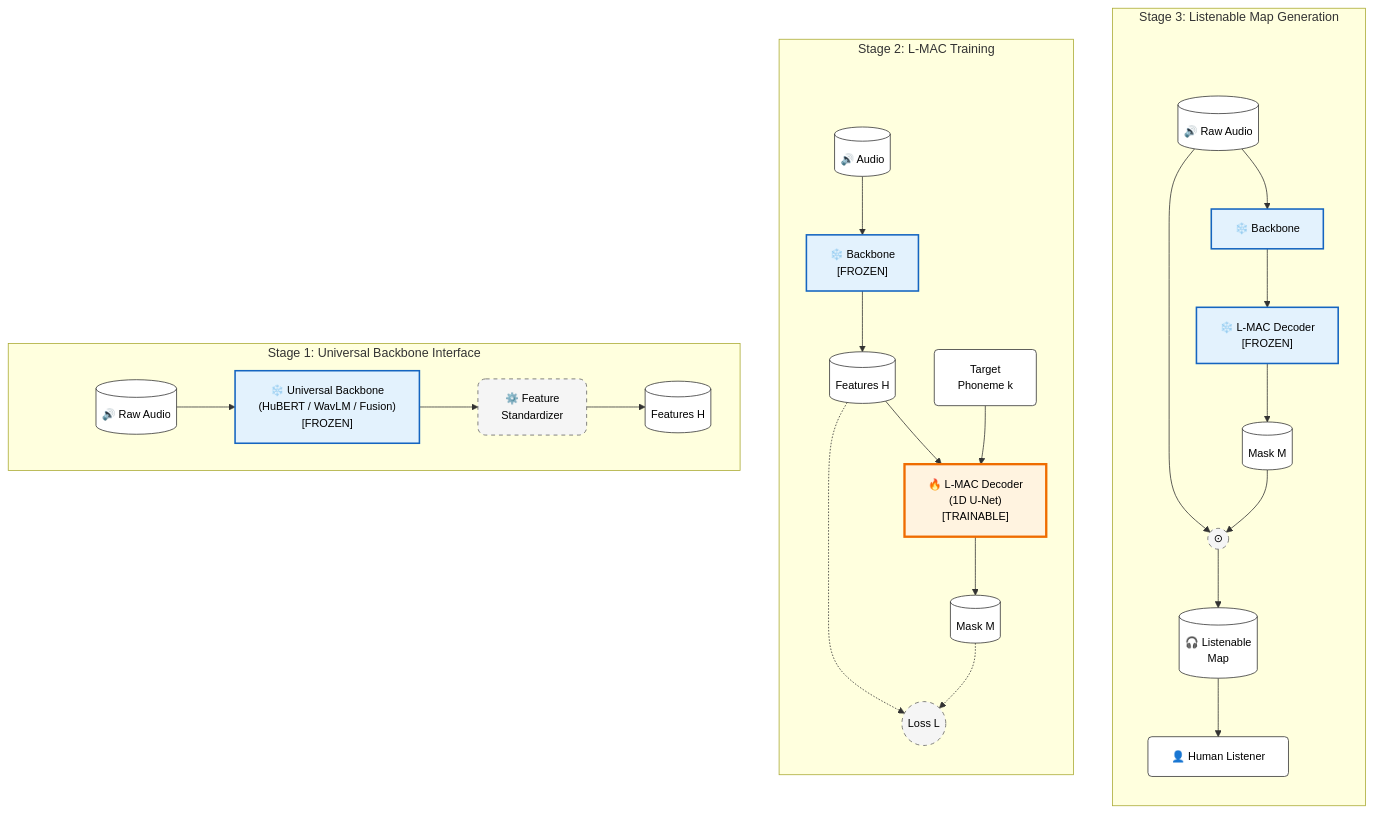
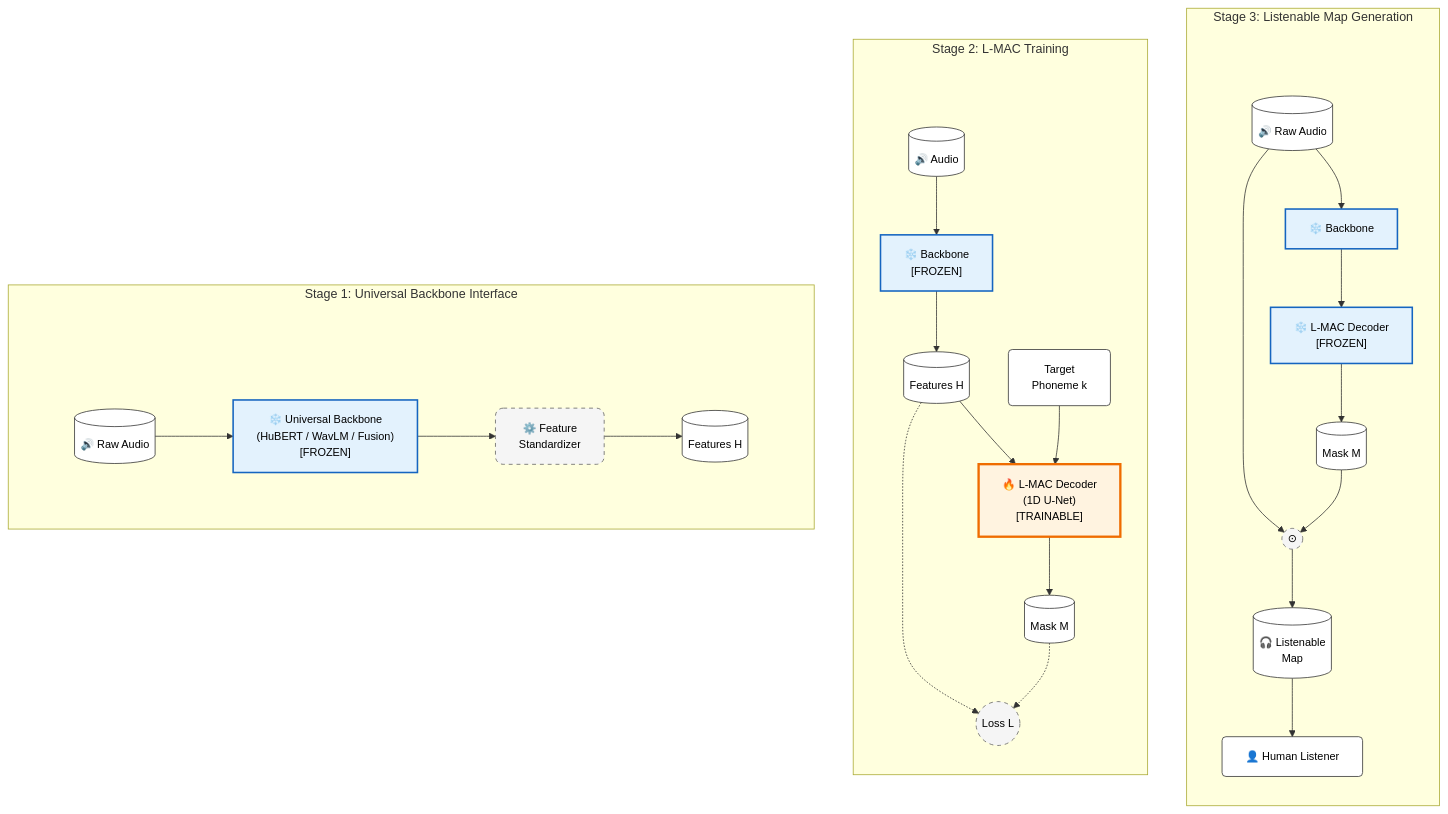
One commit to maurocarlu/pronuncIAtion changed the diagram in docs/LMAC_ARCHITECTURE.md. Above: the diagram before and after it, drawn with Mermaid.

Commit message:
fix titolo 1

```diff
--- a/docs/LMAC_ARCHITECTURE.md
+++ b/docs/LMAC_ARCHITECTURE.md
@@ -21,22 +21,30 @@
     %% STAGE 1: UNIVERSAL INTERFACE
     %% ==========================================
     subgraph S1 ["Stage 1: Universal Backbone Interface"]
-        direction LR
+        direction TB
         
-        %% Spacer to separate title from nodes
+        %% Transparent spacer to push content down
         SpacerS1[ ]:::spacer
-        
-        %% Nodes
-        Audio1[("🔊 Raw Audio")]:::data
-        Backbone1["❄️ Universal Backbone<br/>(HuBERT / WavLM / Fusion)<br/>[FROZEN]"]:::frozen
-        Standardizer1["⚙️ Feature<br/>Standardizer"]:::operation
-        Feat1[("Features H")]:::data
-        
-        %% Connections
-        SpacerS1 ~~~ Audio1
-        Audio1 --> Backbone1
-        Backbone1 --> Standardizer1
-        Standardizer1 --> Feat1
+
+        %% Main Flow Subgraph (keeps boxes Left-to-Right)
+        subgraph S1_Flow [ ]
+            direction LR
+            style S1_Flow fill:none,stroke:none
+
+            %% Nodes
+            Audio1[("🔊 Raw Audio")]:::data
+            Backbone1["❄️ Universal Backbone<br/>(HuBERT / WavLM / Fusion)<br/>[FROZEN]"]:::frozen
+            Standardizer1["⚙️ Feature<br/>Standardizer"]:::operation
+            Feat1[("Features H")]:::data
+            
+            %% Connections
+            Audio1 --> Backbone1
+            Backbone1 --> Standardizer1
+            Standardizer1 --> Feat1
+        end
+
+        %% Force Vertical Layout: Spacer -> Flow
+        SpacerS1 ~~~ S1_Flow
     end
 
     %% ==========================================
```
